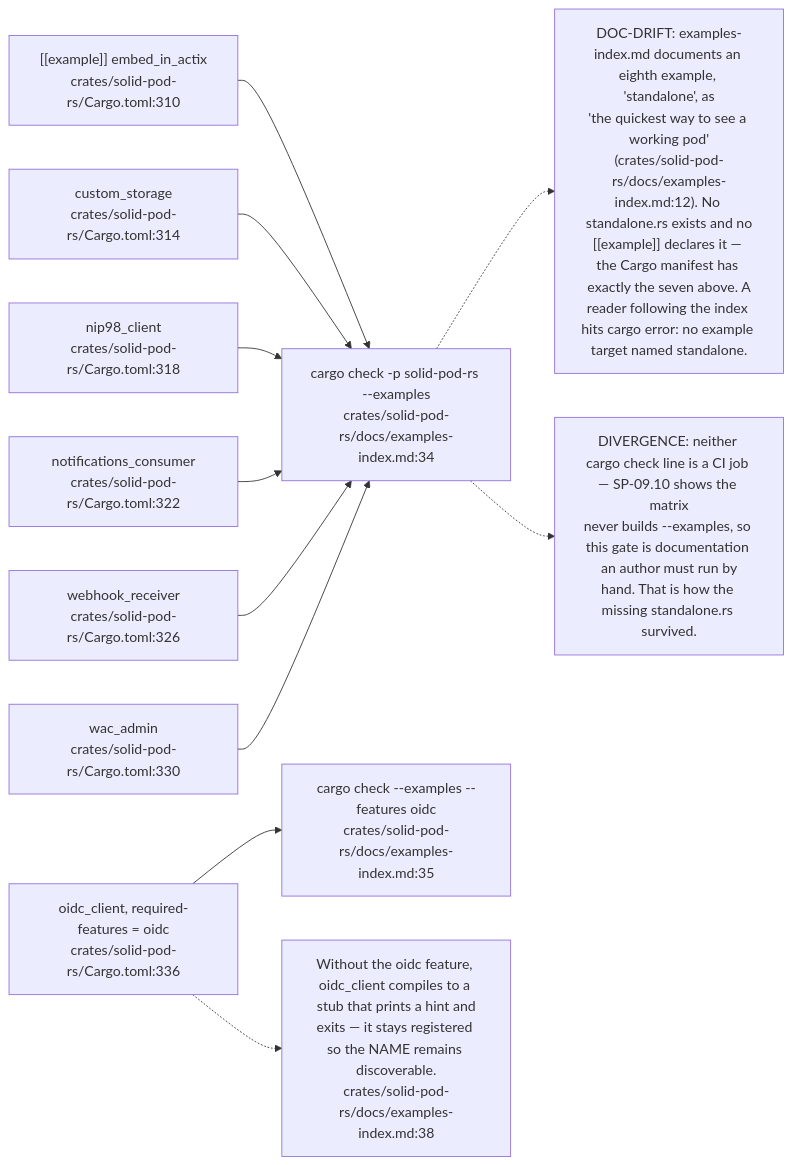
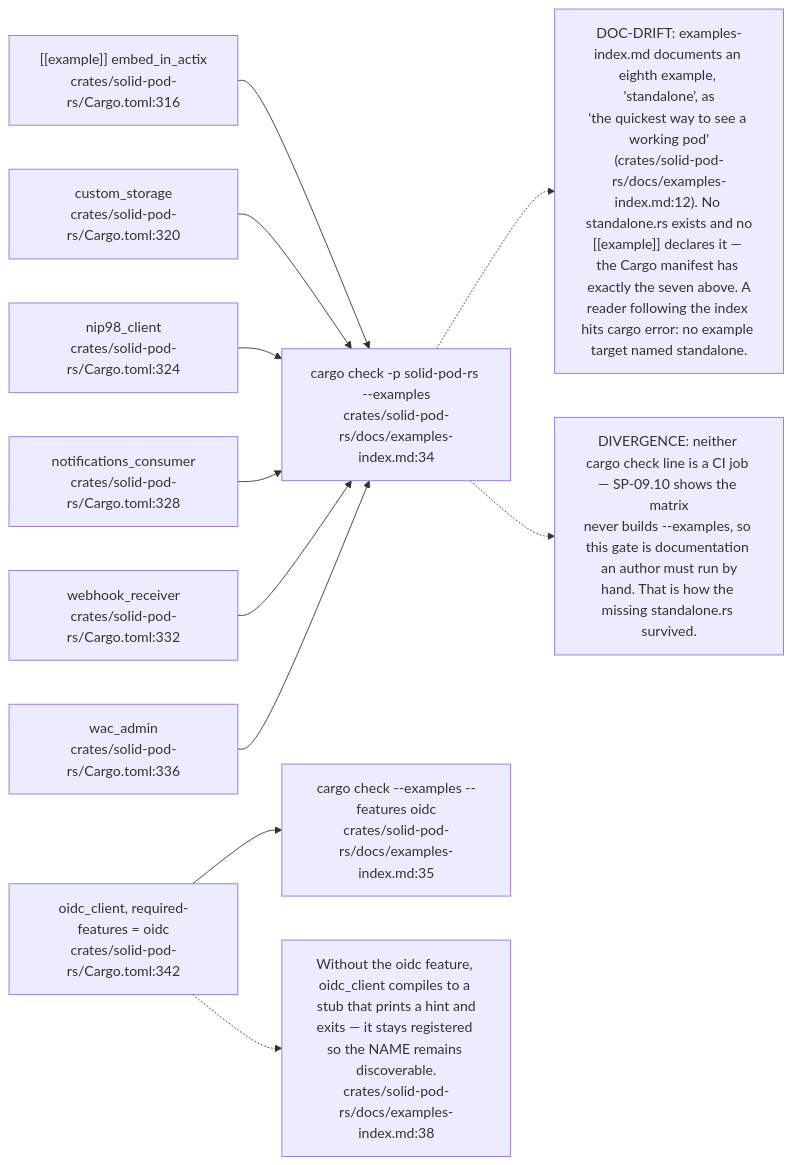
One commit to DreamLab-AI/VisionFlow changed diagram 12 of 12 in docs/diagrams/solid-pod-rs/01-workspace-composition.md. Above: the diagram before and after it, drawn with Mermaid. The commit also changed other lines of this file and 94 other files, not shown here.

First line of the commit message:
docs(diagrams): re-verify 130 topics against 2 October HEADs

````diff
--- a/docs/diagrams/solid-pod-rs/01-workspace-composition.md
+++ b/docs/diagrams/solid-pod-rs/01-workspace-composition.md
@@ -328,27 +331,27 @@
 ```mermaid
 flowchart LR
-    D1["[[example]] embed_in_actix<br/>crates/solid-pod-rs/Cargo.toml:310"]
-    D2["custom_storage<br/>crates/solid-pod-rs/Cargo.toml:314"]
-    D3["nip98_client<br/>crates/solid-pod-rs/Cargo.toml:318"]
-    D4["notifications_consumer<br/>crates/solid-pod-rs/Cargo.toml:322"]
-    D5["webhook_receiver<br/>crates/solid-pod-rs/Cargo.toml:326"]
-    D6["wac_admin<br/>crates/solid-pod-rs/Cargo.toml:330"]
-    D7["oidc_client, required-features = oidc<br/>crates/solid-pod-rs/Cargo.toml:336"]
+    D1["[[example]] embed_in_actix<br/>crates/solid-pod-rs/Cargo.toml:316"]
+    D2["custom_storage<br/>crates/solid-pod-rs/Cargo.toml:320"]
+    D3["nip98_client<br/>crates/solid-pod-rs/Cargo.toml:324"]
+    D4["notifications_consumer<br/>crates/solid-pod-rs/Cargo.toml:328"]
+    D5["webhook_receiver<br/>crates/solid-pod-rs/Cargo.toml:332"]
+    D6["wac_admin<br/>crates/solid-pod-rs/Cargo.toml:336"]
+    D7["oidc_client, required-features = oidc<br/>crates/solid-pod-rs/Cargo.toml:342"]
     C1["cargo check -p solid-pod-rs --examples<br/>crates/solid-pod-rs/docs/examples-index.md:34"]
     C2["cargo check --examples --features oidc<br/>crates/solid-pod-rs/docs/examples-index.md:35"]
 
     D1 --> C1
     D2 --> C1
     D3 --> C1
     D4 --> C1
     D5 --> C1
     D6 --> C1
     D7 --> C2
 
     N["Without the oidc feature, oidc_client compiles to a stub that prints a hint and<br/>exits — it stays registered so the NAME remains discoverable.<br/>crates/solid-pod-rs/docs/examples-index.md:38"]
     D7 -.-> N
     N2["DOC-DRIFT: examples-index.md documents an eighth example, 'standalone', as<br/>'the quickest way to see a working pod'<br/>(crates/solid-pod-rs/docs/examples-index.md:12). No standalone.rs exists and no<br/>[[example]] declares it — the Cargo manifest has exactly the seven above. A<br/>reader following the index hits cargo error: no example target named standalone."]
     C1 -.-> N2
     N3["DIVERGENCE: neither cargo check line is a CI job — SP-09.10 shows the matrix<br/>never builds --examples, so this gate is documentation an author must run by<br/>hand. That is how the missing standalone.rs survived."]
     C1 -.-> N3
 ```
````
